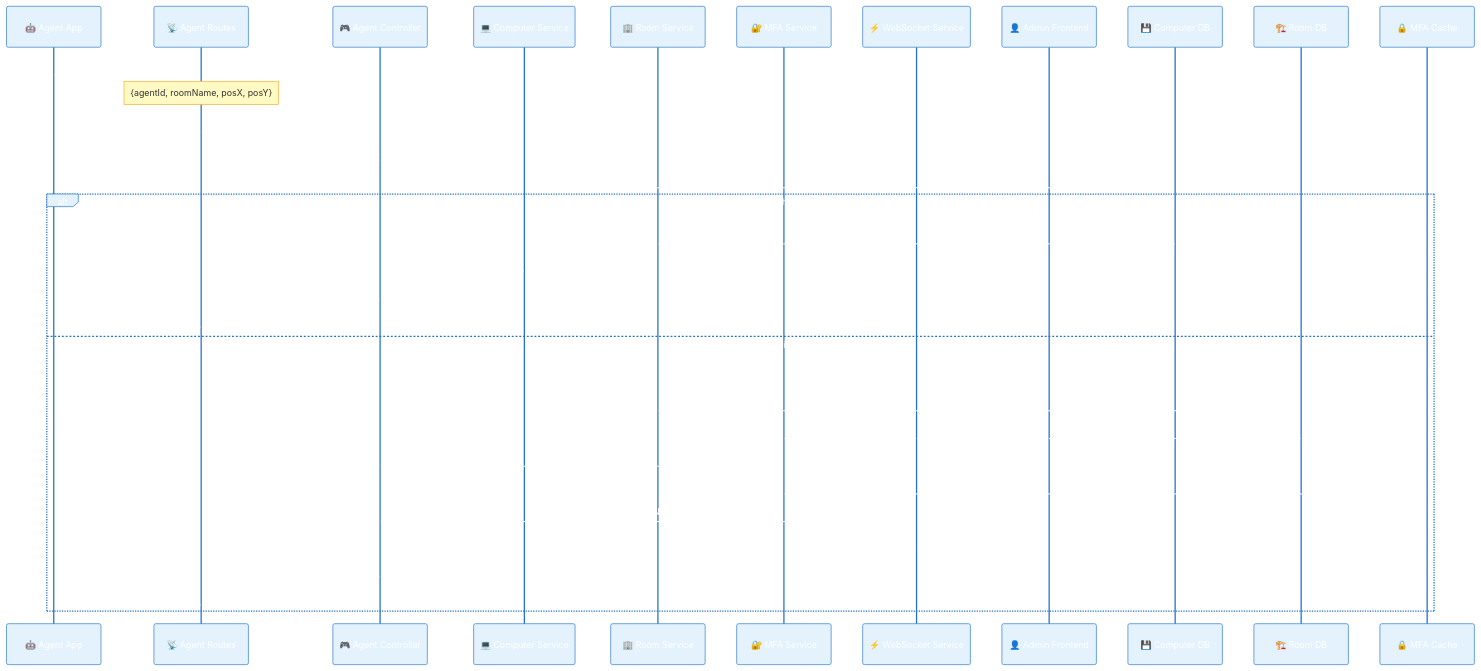
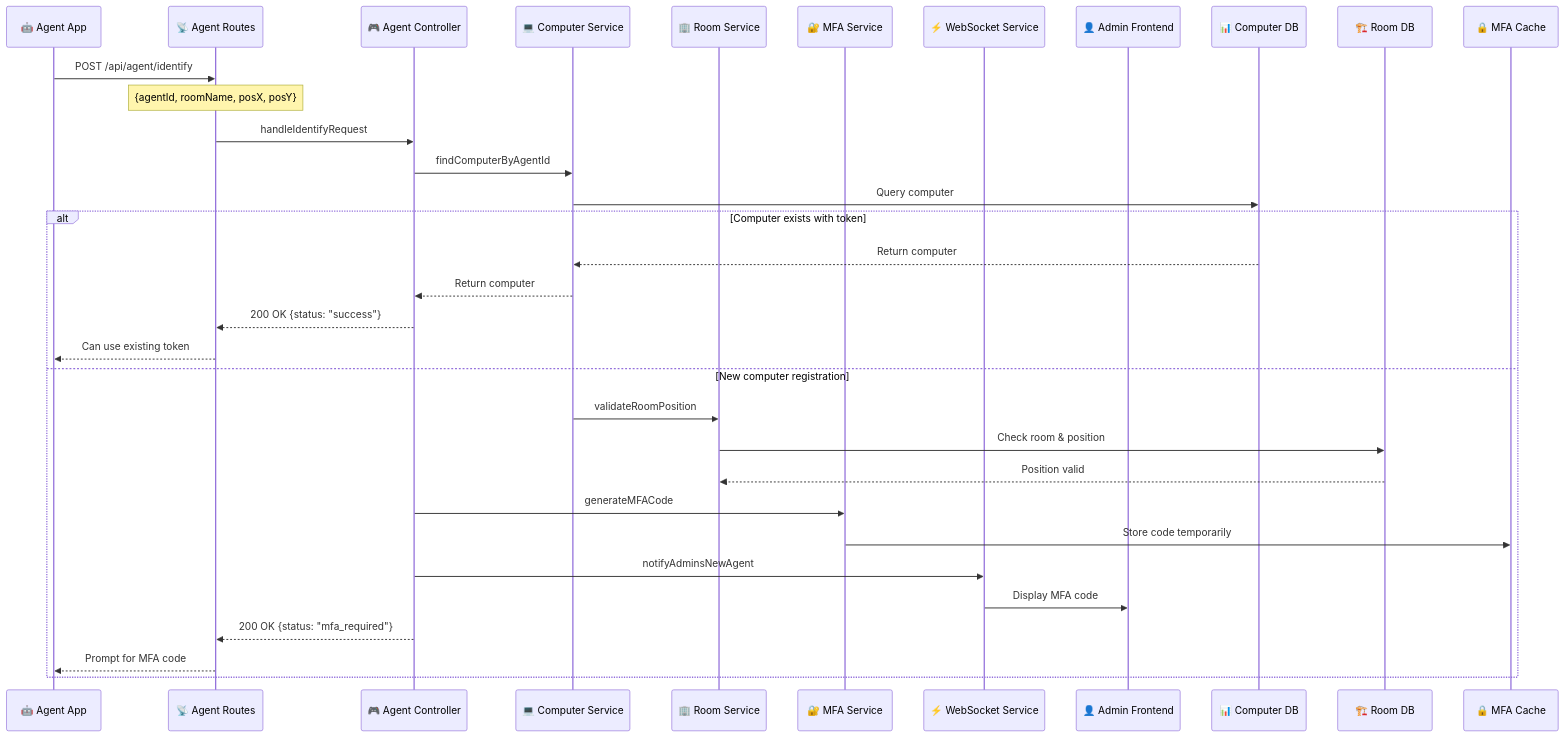
Before and after one commit to LoGGGG2402/computer-management-system: the fourth of 16 diagrams in backend/docs/flow.md, drawn with Mermaid. The commit also changed other lines of this file and 60 other files, not shown here.

````diff
--- a/backend/docs/flow.md
+++ b/backend/docs/flow.md
@@ -150,59 +123,41 @@
 ```mermaid
-%%{init: {
-    'theme': 'base',
-    'themeVariables': {
-        'primaryColor': '#4a90e2',
-        'primaryTextColor': '#ffffff',
-        'primaryBorderColor': '#2171c7',
-        'secondaryColor': '#82b1ff',
-        'tertiaryColor': '#b6e3ff',
-        'noteTextColor': '#333',
-        'noteBkgColor': '#fff9c4',
-        'noteBorderColor': '#f9a825',
-        'actorBkg': '#e3f2fd',
-        'actorBorder': '#2171c7'
-    },
-    'fontFamily': 'Arial',
-    'fontSize': '14px'
-}}%%
-
 sequenceDiagram
     participant AgentApp as 🤖 Agent App
     participant BE_AgentRoutes as 📡 Agent Routes
     participant AgentController as 🎮 Agent Controller
     participant ComputerService as 💻 Computer Service
     participant RoomService as 🏢 Room Service
     participant MfaService as 🔐 MFA Service
     participant WebSocketService as ⚡ WebSocket Service
     participant AdminFE as 👤 Admin Frontend
-    participant ComputerDB as 💾 Computer DB
+    participant ComputerDB as 📊 Computer DB
     participant RoomDB as 🏗️ Room DB
     participant MFACache as 🔒 MFA Cache
 
     AgentApp->>BE_AgentRoutes: POST /api/agent/identify
     Note over BE_AgentRoutes: {agentId, roomName, posX, posY}
-    
+
     BE_AgentRoutes->>AgentController: handleIdentifyRequest
     AgentController->>ComputerService: findComputerByAgentId
     ComputerService->>ComputerDB: Query computer
-    
+
     alt Computer exists with token
         ComputerDB-->>ComputerService: Return computer
         ComputerService-->>AgentController: Return computer
         AgentController-->>BE_AgentRoutes: 200 OK {status: "success"}
         BE_AgentRoutes-->>AgentApp: Can use existing token
     else New computer registration
         ComputerService->>RoomService: validateRoomPosition
         RoomService->>RoomDB: Check room & position
         RoomDB-->>RoomService: Position valid
-        
+
         AgentController->>MfaService: generateMFACode
         MfaService->>MFACache: Store code temporarily
-        
+
         AgentController->>WebSocketService: notifyAdminsNewAgent
         WebSocketService->>AdminFE: Display MFA code
-        
+
         AgentController-->>BE_AgentRoutes: 200 OK {status: "mfa_required"}
         BE_AgentRoutes-->>AgentApp: Prompt for MFA code
     end
 ```
````
